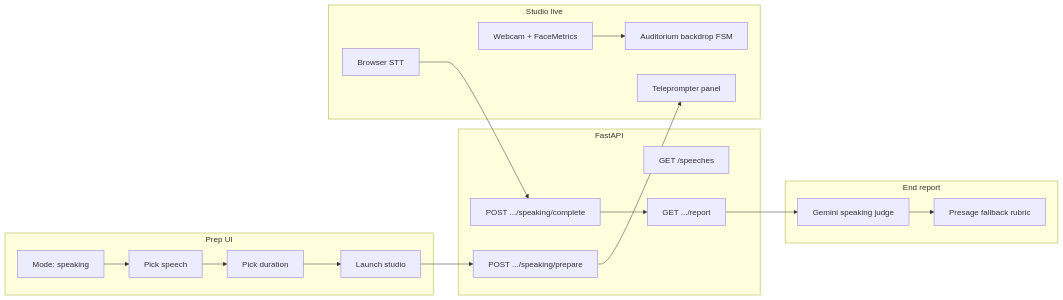
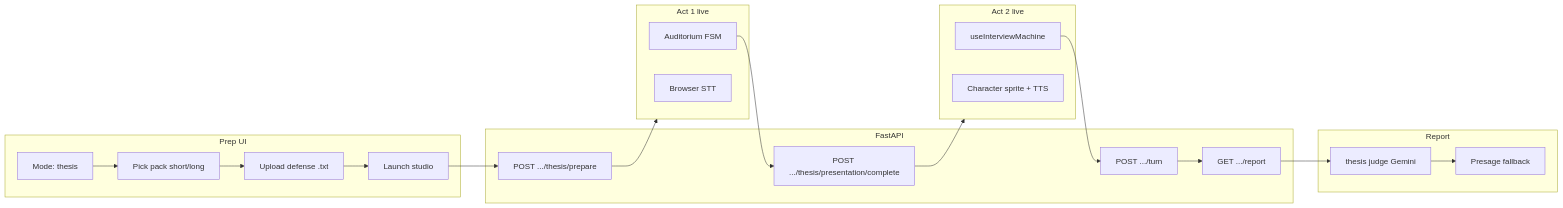
Before and after one commit to thekevindong/MotionToFF: the diagram in plan.md, drawn with Mermaid. The commit also changed other lines of this file and 23 other files, not shown here.

````diff
--- a/plan.md
+++ b/plan.md
@@ -55,33 +85,36 @@
 ```mermaid
 flowchart LR
   subgraph prep [Prep UI]
-    M[Mode: speaking]
-    S[Pick speech]
-    D[Pick duration]
+    M[Mode: thesis]
+    D[Pick pack short/long]
+    U[Upload defense .txt]
     L[Launch studio]
   end
   subgraph api [FastAPI]
-    GS[GET /speeches]
-    GP[POST .../speaking/prepare]
-    GC[POST .../speaking/complete]
+    TP[POST .../thesis/prepare]
+    PC[POST .../thesis/presentation/complete]
+    T[POST .../turn]
     GR[GET .../report]
   end
-  subgraph live [Studio live]
-    TP[Teleprompter panel]
-    CAM[Webcam + FaceMetrics]
-    AUD[Auditorium backdrop FSM]
+  subgraph live1 [Act 1 live]
+    AUD[Auditorium FSM]
     STT[Browser STT]
   end
-  subgraph eval [End report]
-    GJ[Gemini speaking judge]
-    FB[Presage fallback rubric]
+  subgraph live2 [Act 2 live]
+    IM[useInterviewMachine]
+    OPP[Character sprite + TTS]
   end
-  M --> S --> D --> L
-  L --> GP
-  GP --> TP
-  CAM --> AUD
-  STT --> GC
-  GC --> GR
-  GR --> GJ
-  GJ --> FB
+  subgraph eval [Report]
+    TJ[thesis judge Gemini]
+    FB[Presage fallback]
+  end
+  M --> D --> U --> L
+  L --> TP
+  TP --> live1
+  AUD --> PC
+  PC --> live2
+  IM --> T
+  T --> GR
+  GR --> TJ
+  TJ --> FB
 ```
````
